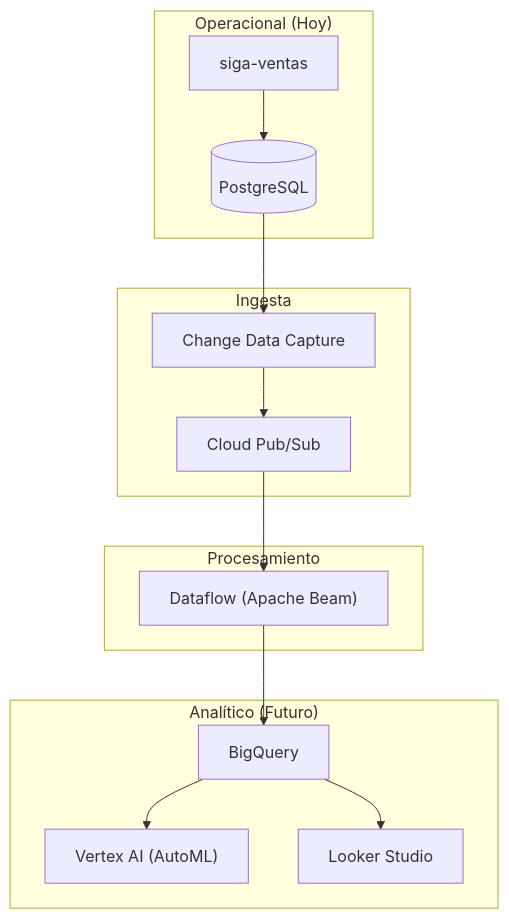
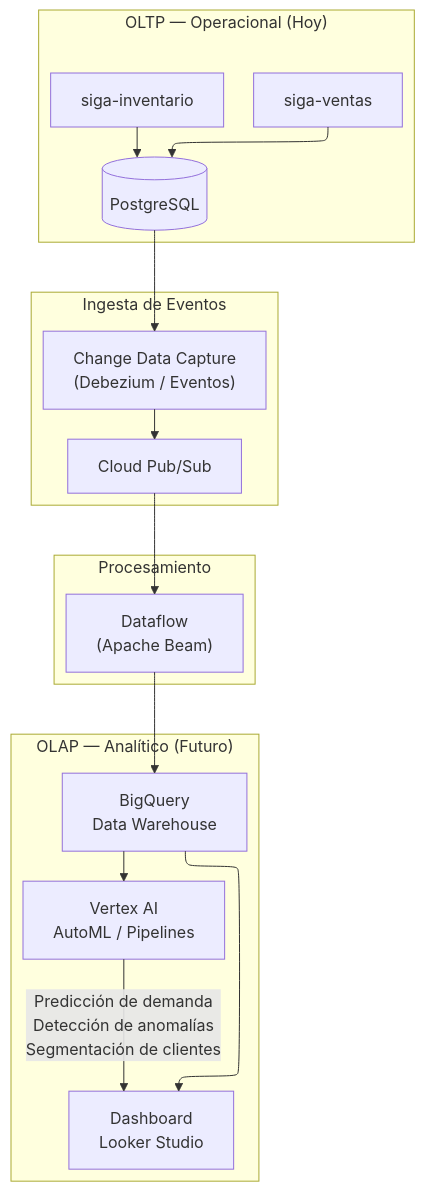
Before and after one commit to HecAguilaV/SIGA: the seventh of 7 diagrams in openspec/changes/migracion-microservicios/architecture-diagrams.md, drawn with Mermaid. The commit also changed other lines of this file, not shown here.

Commit message:
docs: mejorar renderizado de diagramas Mermaid con ELK para líneas rectas

````diff
--- a/openspec/changes/migracion-microservicios/architecture-diagrams.md
+++ b/openspec/changes/migracion-microservicios/architecture-diagrams.md
@@ -250,30 +282,35 @@
 ```mermaid
-graph TD
-    subgraph OLTP["Operacional (Hoy)"]
+%%{init: {"flowchart": {"defaultRenderer": "elk"}}}%%
+flowchart TD
+    subgraph OLTP["OLTP — Operacional (Hoy)"]
         VE["siga-ventas"]
+        IN["siga-inventario"]
         DB[("PostgreSQL")]
     end
 
-    subgraph Ingesta
-        CDC["Change Data Capture"]
+    subgraph Ingesta["Ingesta de Eventos"]
+        CDC["Change Data Capture<br/>(Debezium / Eventos)"]
         PS["Cloud Pub/Sub"]
     end
 
-    subgraph Procesamiento
-        DF["Dataflow (Apache Beam)"]
+    subgraph Procesamiento["Procesamiento"]
+        DF["Dataflow<br/>(Apache Beam)"]
     end
 
-    subgraph OLAP["Analítico (Futuro)"]
-        BQ["BigQuery"]
-        VA["Vertex AI (AutoML)"]
-        DS["Looker Studio"]
+    subgraph OLAP["OLAP — Analítico (Futuro)"]
+        BQ["BigQuery<br/>Data Warehouse"]
+        VA["Vertex AI<br/>AutoML / Pipelines"]
+        DS["Dashboard<br/>Looker Studio"]
     end
 
     VE --> DB
+    IN --> DB
     DB --> CDC
     CDC --> PS
     PS --> DF
     DF --> BQ
     BQ --> VA
     BQ --> DS
+
+    VA -->|"Predicción de demanda<br/>Detección de anomalías<br/>Segmentación de clientes"| DS
 ```
````
